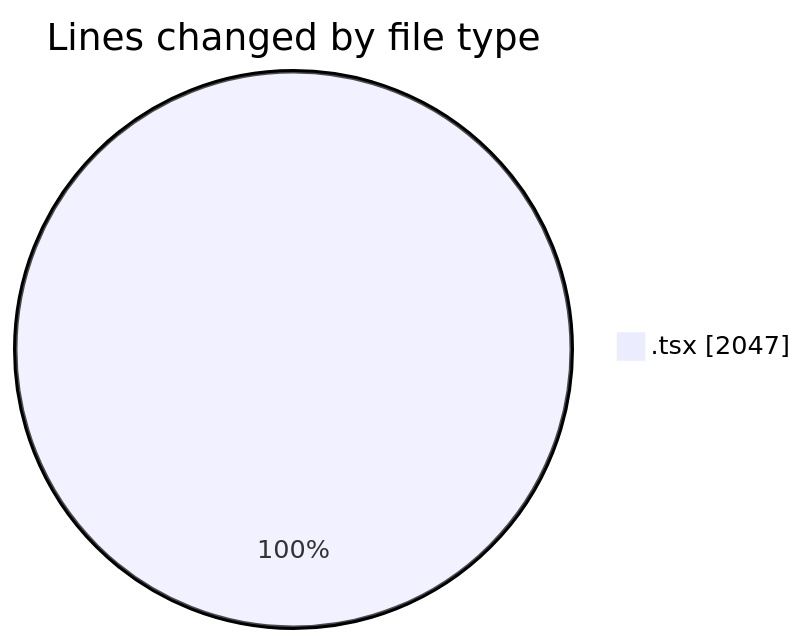
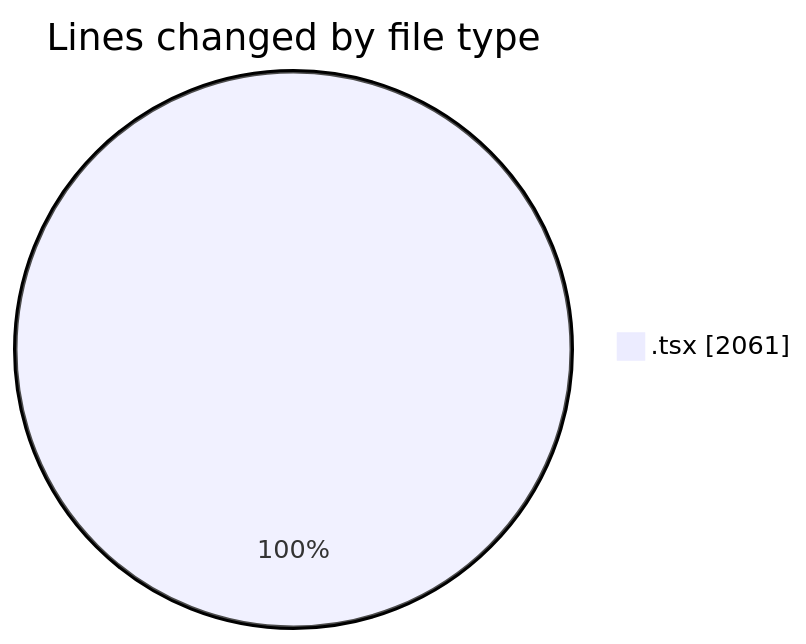
The first of 2 diagrams in 2026-03-22/nxtqube_webapp/README.md (nxtqubesakshisongat/code-tracking), drawn with Mermaid before and after one commit. The commit also changed other lines of this file and 1 other file, not shown here.

````diff
--- a/2026-03-22/nxtqube_webapp/README.md
+++ b/2026-03-22/nxtqube_webapp/README.md
@@ -22,5 +22,5 @@
 ```mermaid
 pie showData
 title Lines changed by file type
-".tsx" : 2047
+".tsx" : 2061
 ```
````
